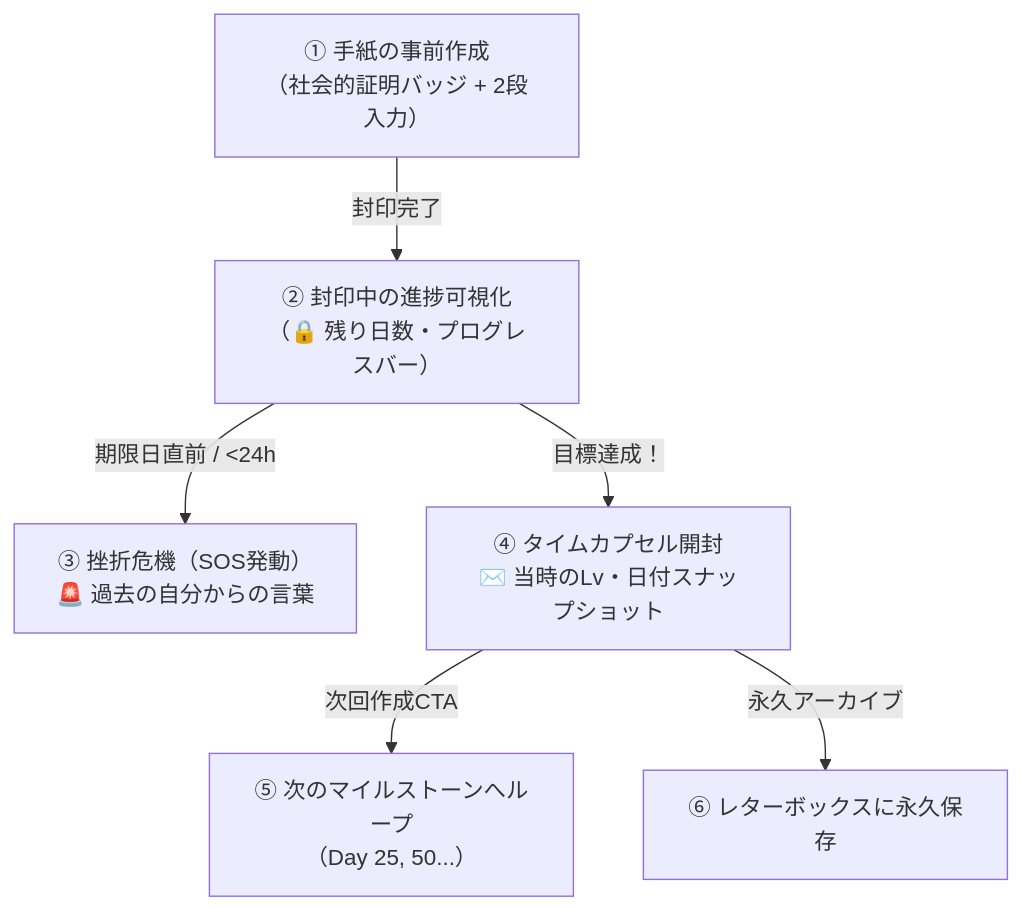
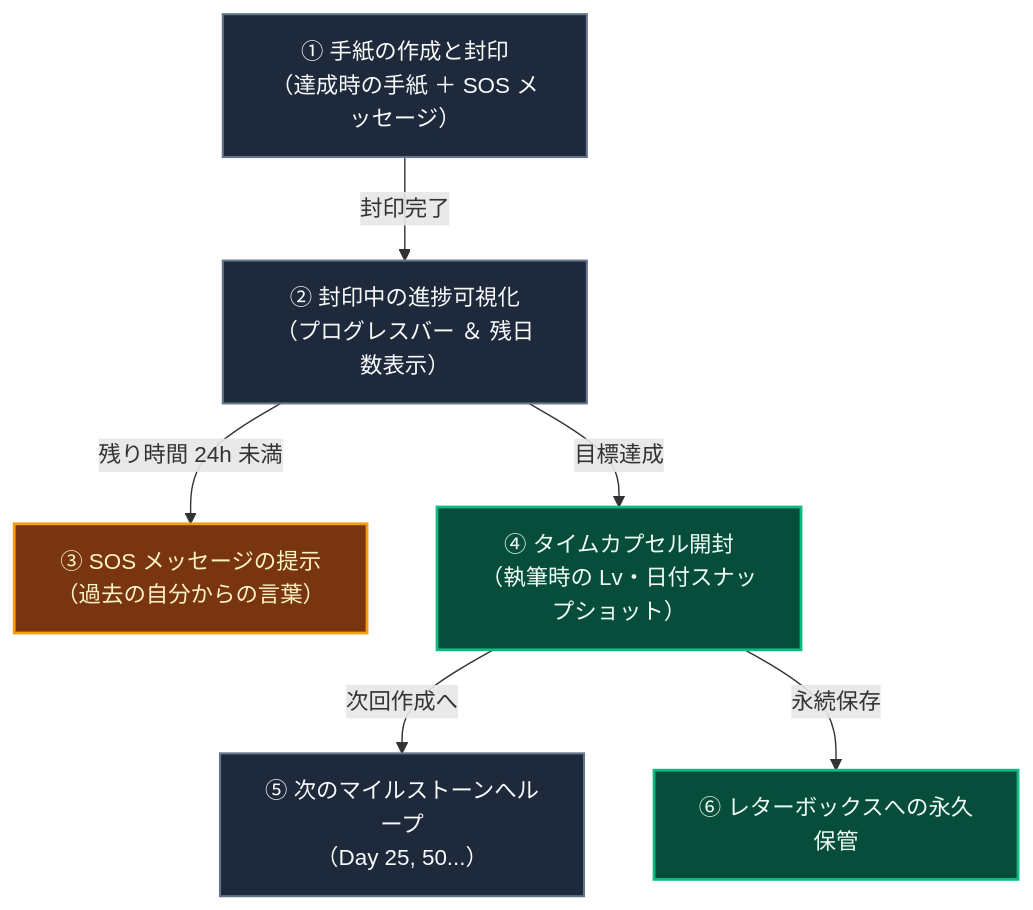
The diagram in docs/ja/ux-letters-to-future-self.md (ScriptureHabit/scripture-habit), drawn with Mermaid before and after one commit. The commit also changed other lines of this file and 57 other files, not shown here.

Commit message:
docs: refine documentation prose and add structured diagram breakdowns across JA and EN

````diff
--- a/docs/ja/ux-letters-to-future-self.md
+++ b/docs/ja/ux-letters-to-future-self.md
@@ -27,8 +22,12 @@
 ```mermaid
 flowchart TD
-    A["① 手紙の事前作成<br/>（社会的証明バッジ + 2段入力）"] -->|封印完了| B["② 封印中の進捗可視化<br/>（🔒 残り日数・プログレスバー）"]
-    B -->|期限日直前 / &lt;24h| C["③ 挫折危機（SOS発動）<br/>🚨 過去の自分からの言葉"]
-    B -->|目標達成！| D["④ タイムカプセル開封<br/>✉️ 当時のLv・日付スナップショット"]
-    D -->|次回作成CTA| E["⑤ 次のマイルストーンへループ<br/>（Day 25, 50...）"]
-    D -->|永久アーカイブ| F["⑥ レターボックスに永久保存"]
+    classDef step fill:#1e293b,stroke:#64748b,stroke-width:1.5px,color:#f8fafc;
+    classDef highlight fill:#064e3b,stroke:#10b981,stroke-width:2px,color:#f0fdf4;
+    classDef alert fill:#78350f,stroke:#f59e0b,stroke-width:2px,color:#fef3c7;
+
+    A["① 手紙の作成と封印<br/>（達成時の手紙 ＋ SOS メッセージ）"]:::step -->|封印完了| B["② 封印中の進捗可視化<br/>（プログレスバー ＆ 残日数表示）"]:::step
+    B -->|残り時間 24h 未満| C["③ SOS メッセージの提示<br/>（過去の自分からの言葉）"]:::alert
+    B -->|目標達成| D["④ タイムカプセル開封<br/>（執筆時の Lv・日付スナップショット）"]:::highlight
+    D -->|次回作成へ| E["⑤ 次のマイルストーンへループ<br/>（Day 25, 50...）"]:::step
+    D -->|永続保存| F["⑥ レターボックスへの永久保管"]:::highlight
 ```
````
